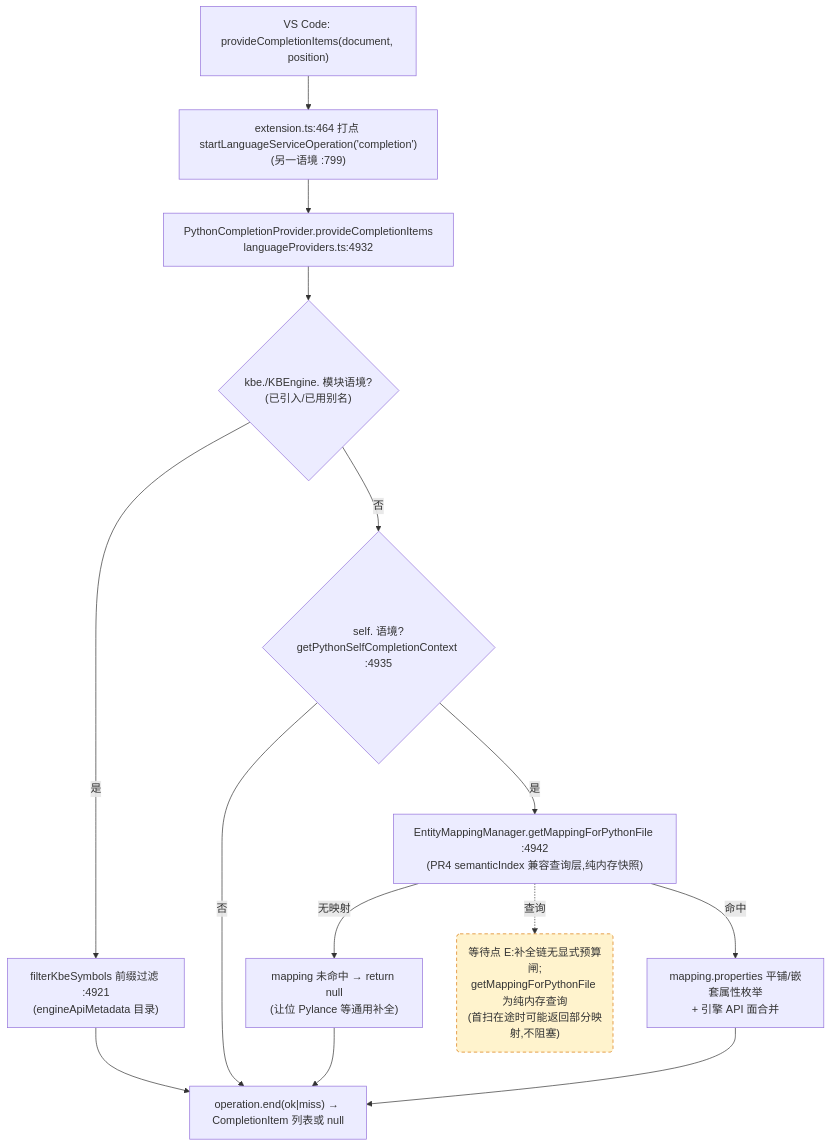
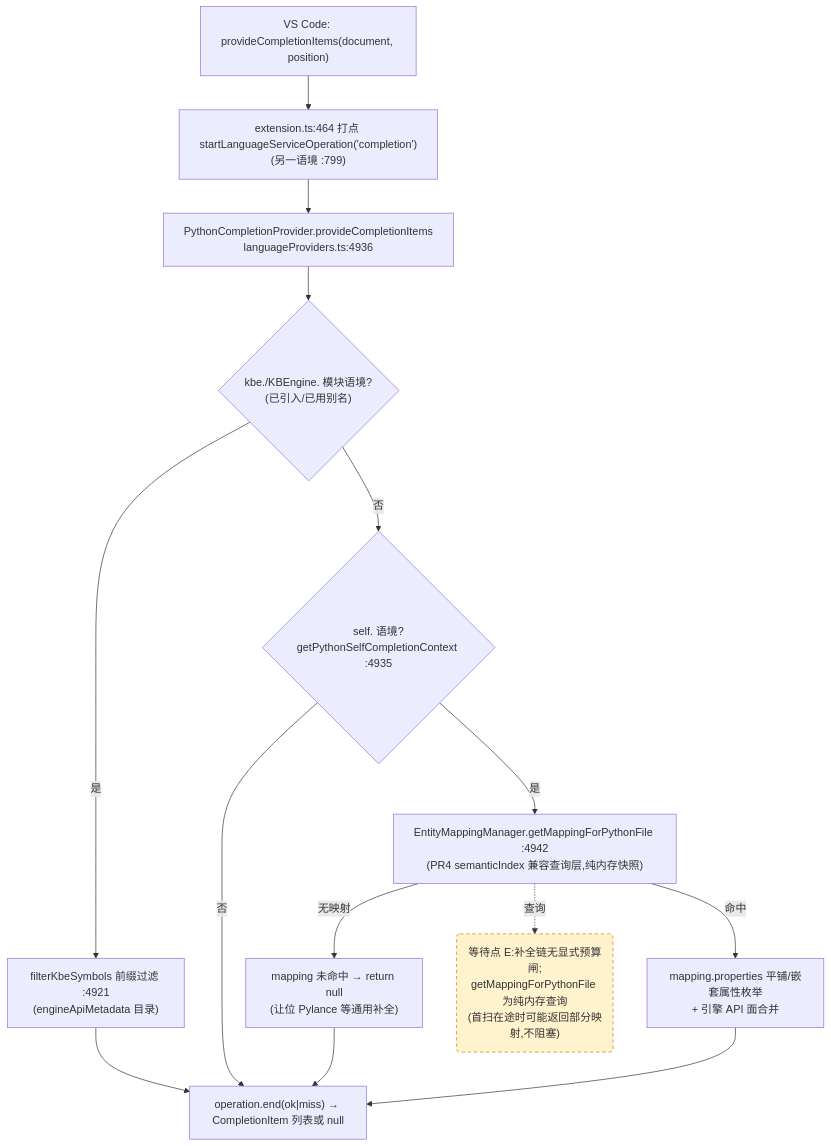
Before and after one commit to cuihairu/kode: the third of 4 diagrams in docs/perf/2026-baseline.md, drawn with Mermaid. The commit also changed other lines of this file and 6 other files, not shown here.

````diff
--- a/docs/perf/2026-baseline.md
+++ b/docs/perf/2026-baseline.md
@@ -184,27 +184,27 @@
 ```mermaid
 flowchart TD
   VC3["VS Code: provideCompletionItems(document, position)"]
   M3["extension.ts:464 打点 startLanguageServiceOperation('completion')<br/>(另一语境 :799)"]
-  CP["PythonCompletionProvider.provideCompletionItems<br/>languageProviders.ts:4932"]
+  CP["PythonCompletionProvider.provideCompletionItems<br/>languageProviders.ts:4936"]
   KBEC{"kbe./KBEngine. 模块语境?<br/>(已引入/已用别名)"}
   FILTER["filterKbeSymbols 前缀过滤 :4921<br/>(engineApiMetadata 目录)"]
   SELFC{"self. 语境?<br/>getPythonSelfCompletionContext :4935"}
   MAP["EntityMappingManager.getMappingForPythonFile :4942<br/>(PR4 semanticIndex 兼容查询层,纯内存快照)"]
   NOMAP["mapping 未命中 → return null<br/>(让位 Pylance 等通用补全)"]
   PROPS["mapping.properties 平铺/嵌套属性枚举<br/>+ 引擎 API 面合并"]
   END3["operation.end(ok|miss) → CompletionItem 列表或 null"]
 
   VC3 --> M3 --> CP --> KBEC
   KBEC -- "是" --> FILTER --> END3
   KBEC -- "否" --> SELFC
   SELFC -- "否" --> END3
   SELFC -- "是" --> MAP
   MAP -- "无映射" --> NOMAP --> END3
   MAP -- "命中" --> PROPS --> END3
 
   WAITE("等待点 E:补全链无显式预算闸;<br/>getMappingForPythonFile 为纯内存查询<br/>(首扫在途时可能返回部分映射,不阻塞)")
   MAP -.->|查询| WAITE
 
   classDef waitPoint fill:#fff3cd,stroke:#d97706,stroke-dasharray:5 4;
   class WAITE waitPoint;
 ```
````
